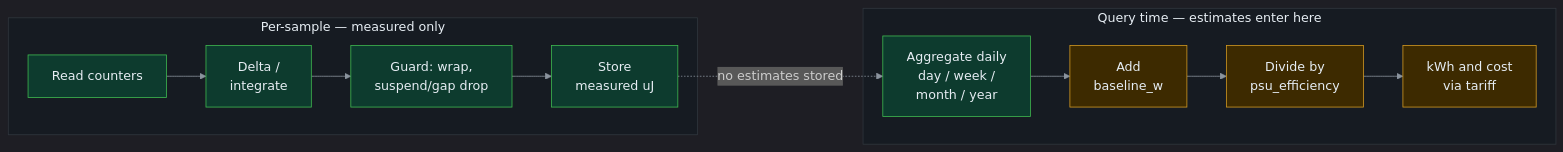
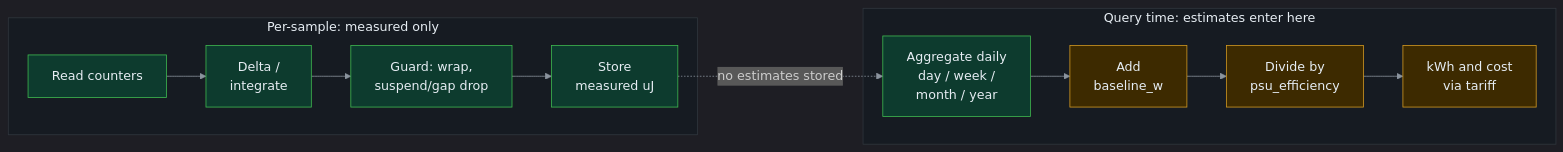
Before and after one commit to kevzakaria/omarchy-energy-meter: the diagram in docs/dataflow.mmd, drawn with Mermaid. The commit also changed 8 other files, not shown here.

```diff
--- a/docs/dataflow.mmd
+++ b/docs/dataflow.mmd
@@ -1,28 +1,28 @@
 ---
 config:
   theme: dark
   themeVariables:
     darkMode: true
     primaryTextColor: "#e6edf3"
     lineColor: "#8b949e"
     clusterBkg: "#161b22"
     clusterBorder: "#30363d"
     titleColor: "#e6edf3"
 ---
 %% One left-to-right chain on purpose; see CONTRIBUTING, Diagrams.
 flowchart LR
   classDef measured fill:#0d3b2e,stroke:#3fb950,color:#e6edf3
   classDef estimated fill:#3d2a00,stroke:#d29922,color:#e6edf3
 
-  subgraph sample ["Per-sample — measured only"]
+  subgraph sample ["Per-sample: measured only"]
     R[Read counters] --> D[Delta /<br/>integrate] --> G[Guard: wrap,<br/>suspend/gap drop] --> S[Store<br/>measured uJ]
   end
 
-  subgraph query ["Query time — estimates enter here"]
+  subgraph query ["Query time: estimates enter here"]
     A[Aggregate daily<br/>day / week /<br/>month / year] --> B[Add<br/>baseline_w] --> P[Divide by<br/>psu_efficiency] --> K[kWh and cost<br/>via tariff]
   end
 
   S -.->|"no estimates stored"| A
 
   class R,D,G,S,A measured
   class B,P,K estimated
```
